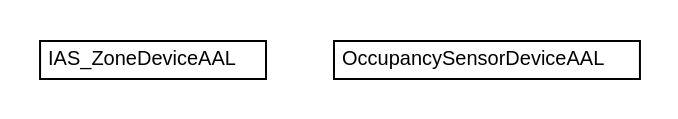
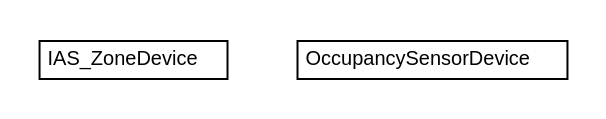
Before and after one commit to universAAL/lddi: the diagram in lddi.pom/apidocs/org/universAAL/lddi/zigbee/commissioning/devices/impl/org.universAAL.lddi.zigbee.commissioning.devices.impl.dot, drawn with Graphviz. The commit also changed 2200 other files, not shown here.

```diff
--- a/lddi.pom/apidocs/org/universAAL/lddi/zigbee/commissioning/devices/impl/org.universAAL.lddi.zigbee.commissioning.devices.impl.dot
+++ b/lddi.pom/apidocs/org/universAAL/lddi/zigbee/commissioning/devices/impl/org.universAAL.lddi.zigbee.commissioning.devices.impl.dot
@@ -1,24 +1,24 @@
 #!/usr/local/bin/dot
 #
 # Class diagram 
 # Generated by UMLGraph version R5_6-24-gf6e263 (http://www.umlgraph.org/)
 #
 
 digraph G {
 	edge [fontname="Helvetica",fontsize=10,labelfontname="Helvetica",labelfontsize=10];
 	node [fontname="Helvetica",fontsize=10,shape=plaintext];
 	nodesep=0.25;
 	ranksep=0.5;
-	// org.universAAL.lddi.zigbee.commissioning.devices.impl.IAS_ZoneDeviceAAL
-	c35835 [label=<<table title="org.universAAL.lddi.zigbee.commissioning.devices.impl.IAS_ZoneDeviceAAL" border="0" cellborder="1" cellspacing="0" cellpadding="2" port="p" href="./IAS_ZoneDeviceAAL.html">
+	// org.universAAL.lddi.zigbee.commissioning.devices.impl.IAS_ZoneDevice
+	c35835 [label=<<table title="org.universAAL.lddi.zigbee.commissioning.devices.impl.IAS_ZoneDevice" border="0" cellborder="1" cellspacing="0" cellpadding="2" port="p" href="./IAS_ZoneDevice.html">
 		<tr><td><table border="0" cellspacing="0" cellpadding="1">
-<tr><td align="center" balign="center"> IAS_ZoneDeviceAAL </td></tr>
+<tr><td align="center" balign="center"> IAS_ZoneDevice </td></tr>
 		</table></td></tr>
-		</table>>, URL="./IAS_ZoneDeviceAAL.html", fontname="Helvetica", fontcolor="black", fontsize=10.0];
-	// org.universAAL.lddi.zigbee.commissioning.devices.impl.OccupancySensorDeviceAAL
-	c35836 [label=<<table title="org.universAAL.lddi.zigbee.commissioning.devices.impl.OccupancySensorDeviceAAL" border="0" cellborder="1" cellspacing="0" cellpadding="2" port="p" href="./OccupancySensorDeviceAAL.html">
+		</table>>, URL="./IAS_ZoneDevice.html", fontname="Helvetica", fontcolor="black", fontsize=10.0];
+	// org.universAAL.lddi.zigbee.commissioning.devices.impl.OccupancySensorDevice
+	c35836 [label=<<table title="org.universAAL.lddi.zigbee.commissioning.devices.impl.OccupancySensorDevice" border="0" cellborder="1" cellspacing="0" cellpadding="2" port="p" href="./OccupancySensorDevice.html">
 		<tr><td><table border="0" cellspacing="0" cellpadding="1">
-<tr><td align="center" balign="center"> OccupancySensorDeviceAAL </td></tr>
+<tr><td align="center" balign="center"> OccupancySensorDevice </td></tr>
 		</table></td></tr>
-		</table>>, URL="./OccupancySensorDeviceAAL.html", fontname="Helvetica", fontcolor="black", fontsize=10.0];
+		</table>>, URL="./OccupancySensorDevice.html", fontname="Helvetica", fontcolor="black", fontsize=10.0];
 }
```
